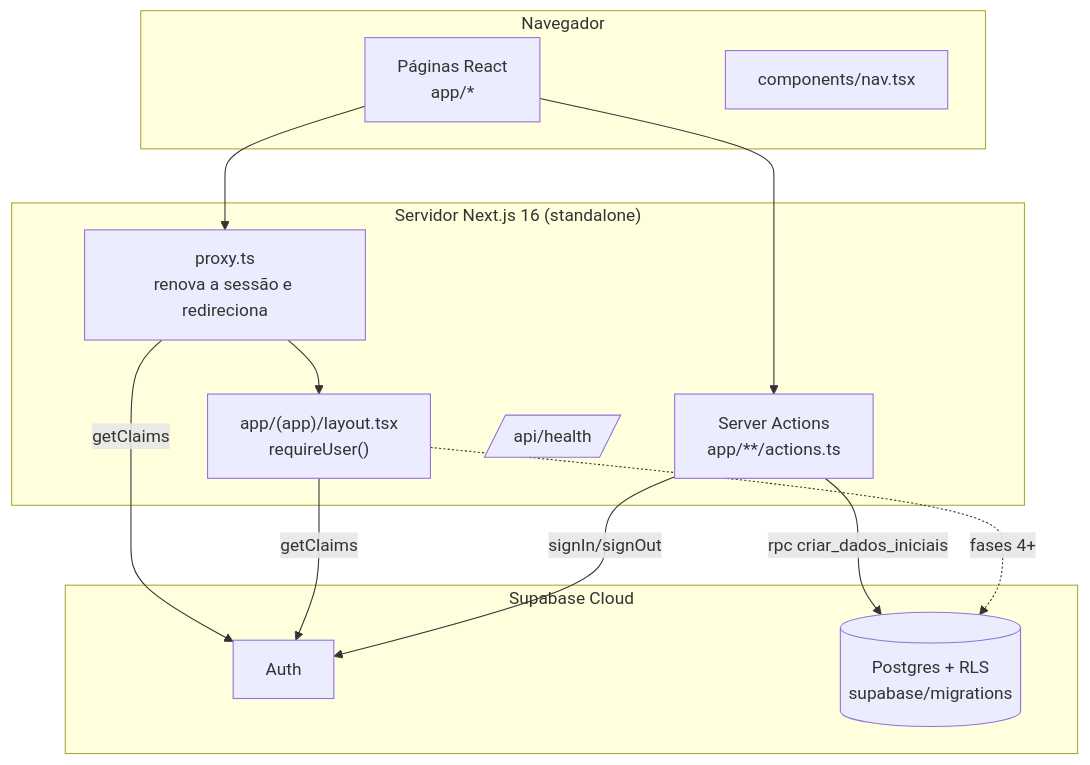
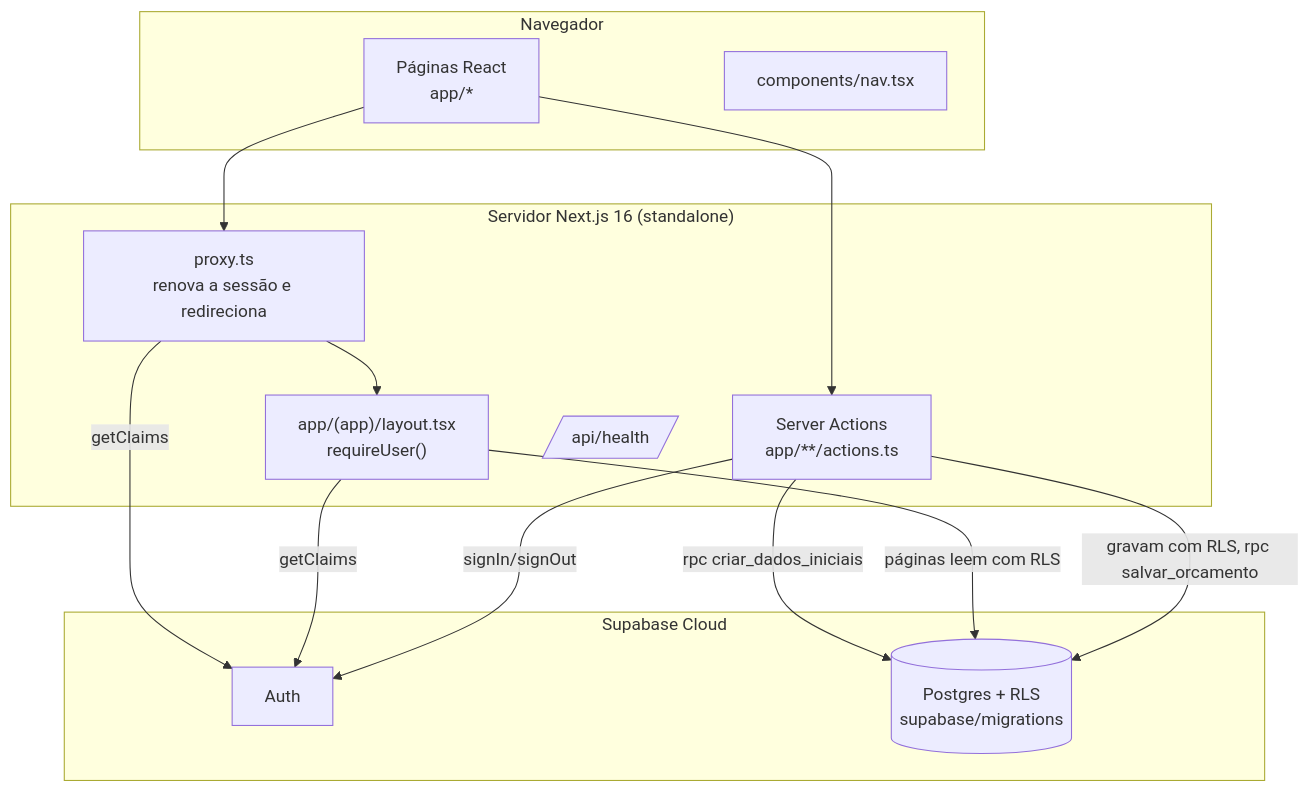
The first of 2 diagrams in docs/CODEBASE_MAP.md (viniciuspn/crmimpressao3d), drawn with Mermaid before and after one commit. The commit also changed other lines of this file and 1 other file, not shown here.

````diff
--- a/docs/CODEBASE_MAP.md
+++ b/docs/CODEBASE_MAP.md
@@ -16,24 +16,25 @@
 ```mermaid
 graph TB
     subgraph Navegador
         UI[Páginas React<br/>app/*]
         Nav[components/nav.tsx]
     end
     subgraph "Servidor Next.js 16 (standalone)"
         Proxy[proxy.ts<br/>renova a sessão e redireciona]
         Layout["app/(app)/layout.tsx<br/>requireUser()"]
         Actions[Server Actions<br/>app/**/actions.ts]
         Health[/api/health/]
     end
     subgraph "Supabase Cloud"
         Auth[Auth]
         DB[(Postgres + RLS<br/>supabase/migrations)]
     end
     UI --> Proxy --> Layout
     UI --> Actions
     Proxy -- getClaims --> Auth
     Layout -- getClaims --> Auth
     Actions -- signIn/signOut --> Auth
     Actions -- rpc criar_dados_iniciais --> DB
-    Layout -. fases 4+ .-> DB
+    Layout -- páginas leem com RLS --> DB
+    Actions -- gravam com RLS, rpc salvar_orcamento --> DB
 ```
````
